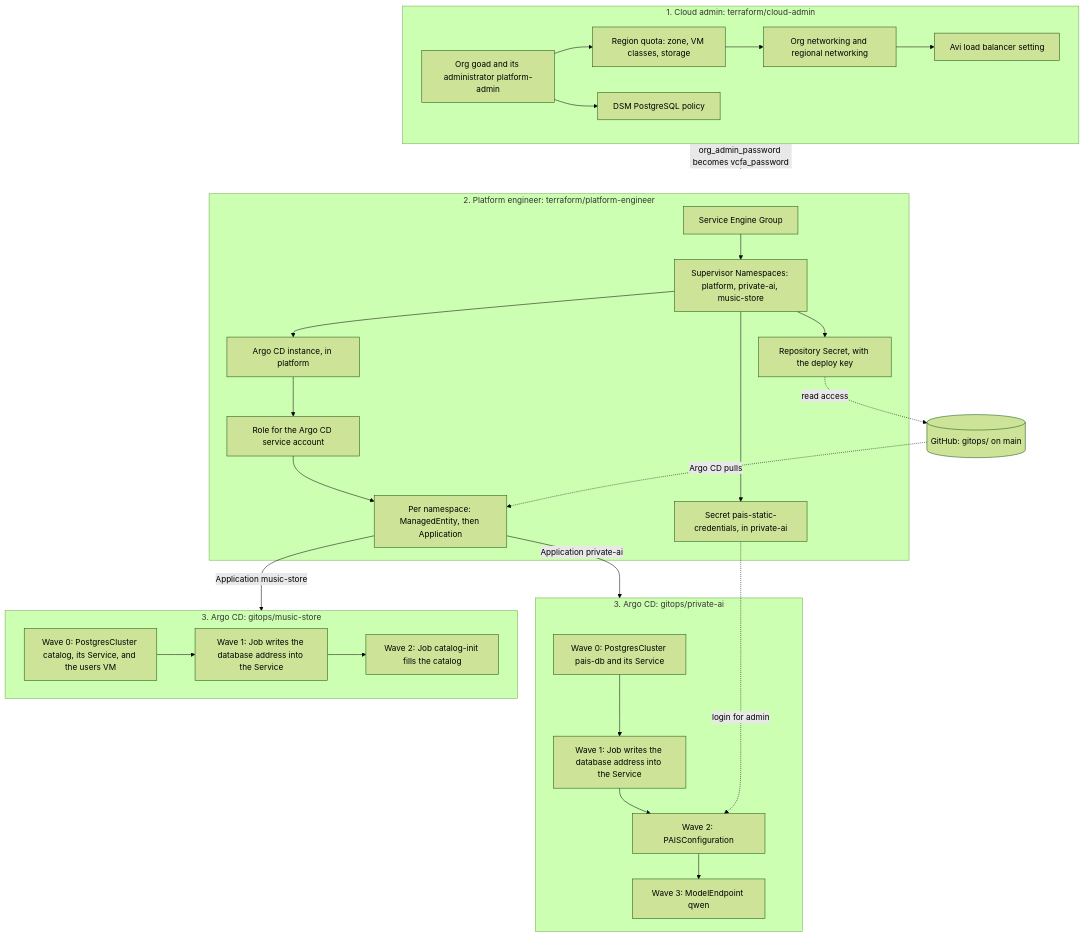
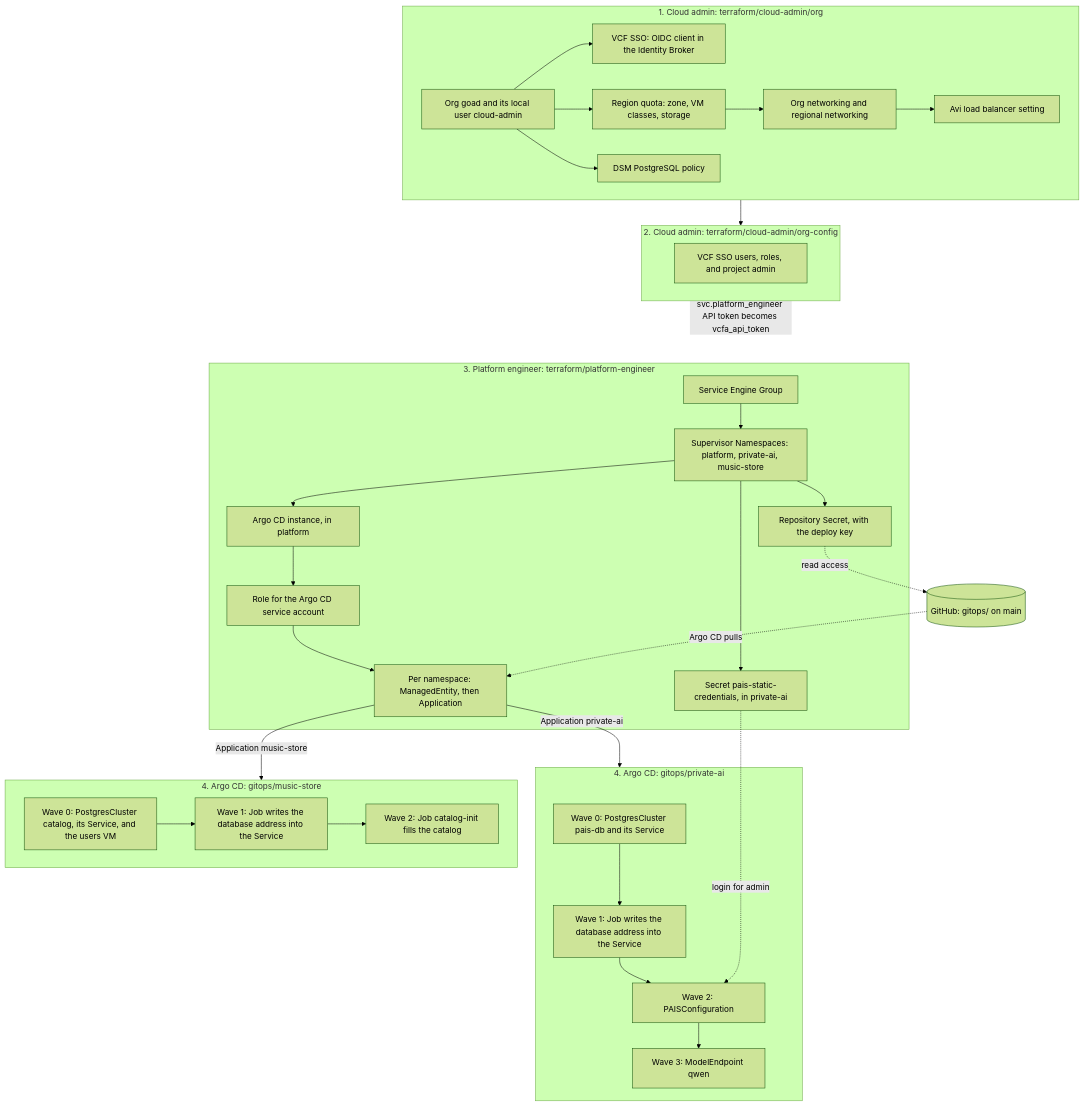
Before and after one commit to modern-apps-5/the-goad: the diagram in README.md, drawn with Mermaid (forest theme). The commit also changed other lines of this file and 39 other files, not shown here.

First line of the commit message:
Split the cloud admin into two roots and log in to the org with VCF SSO.

````diff
--- a/README.md
+++ b/README.md
@@ -33,49 +34,56 @@
 ```mermaid
 flowchart TD
-    subgraph cloud_admin["1. Cloud admin: terraform/cloud-admin"]
-        org["Org goad and its administrator platform-admin"]
+    subgraph cloud_admin["1. Cloud admin: terraform/cloud-admin/org"]
+        org["Org goad and its local user cloud-admin"]
+        sso["VCF SSO: OIDC client in the Identity Broker"]
         quota["Region quota: zone, VM classes, storage"]
         networking["Org networking and regional networking"]
         avi_setting["Avi load balancer setting"]
         dsm_policy["DSM PostgreSQL policy"]
+        org --> sso
         org --> quota --> networking --> avi_setting
         org --> dsm_policy
     end
 
-    subgraph platform_engineer["2. Platform engineer: terraform/platform-engineer"]
+    subgraph org_config["2. Cloud admin: terraform/cloud-admin/org-config"]
+        users["VCF SSO users, roles, and project admin"]
+    end
+
+    subgraph platform_engineer["3. Platform engineer: terraform/platform-engineer"]
         seg["Service Engine Group"]
         namespaces["Supervisor Namespaces: platform, private-ai, music-store"]
         argocd["Argo CD instance, in platform"]
         role["Role for the Argo CD service account"]
         repo_secret["Repository Secret, with the deploy key"]
         pais_secret["Secret pais-static-credentials, in private-ai"]
         handoff["Per namespace: ManagedEntity, then Application"]
         seg --> namespaces --> argocd --> role --> handoff
         namespaces --> repo_secret
         namespaces --> pais_secret
     end
 
     git[("GitHub: gitops/ on main")]
 
-    subgraph private_ai["3. Argo CD: gitops/private-ai"]
+    subgraph private_ai["4. Argo CD: gitops/private-ai"]
         pais_wave0["Wave 0: PostgresCluster pais-db and its Service"]
         pais_wave1["Wave 1: Job writes the database address into the Service"]
         pais_wave2["Wave 2: PAISConfiguration"]
         pais_wave3["Wave 3: ModelEndpoint qwen"]
         pais_wave0 --> pais_wave1 --> pais_wave2 --> pais_wave3
     end
 
-    subgraph music_store["3. Argo CD: gitops/music-store"]
+    subgraph music_store["4. Argo CD: gitops/music-store"]
         shop_wave0["Wave 0: PostgresCluster catalog, its Service, and the users VM"]
         shop_wave1["Wave 1: Job writes the database address into the Service"]
         shop_wave2["Wave 2: Job catalog-init fills the catalog"]
         shop_wave0 --> shop_wave1 --> shop_wave2
     end
 
-    cloud_admin -->|"org_admin_password becomes vcfa_password"| platform_engineer
+    cloud_admin --> org_config
+    org_config -->|"svc.platform_engineer API token becomes vcfa_api_token"| platform_engineer
     repo_secret -.->|"read access"| git
     git -.->|"Argo CD pulls"| handoff
     handoff -->|"Application private-ai"| private_ai
     handoff -->|"Application music-store"| music_store
     pais_secret -.->|"login for admin"| pais_wave2
 ```
````
